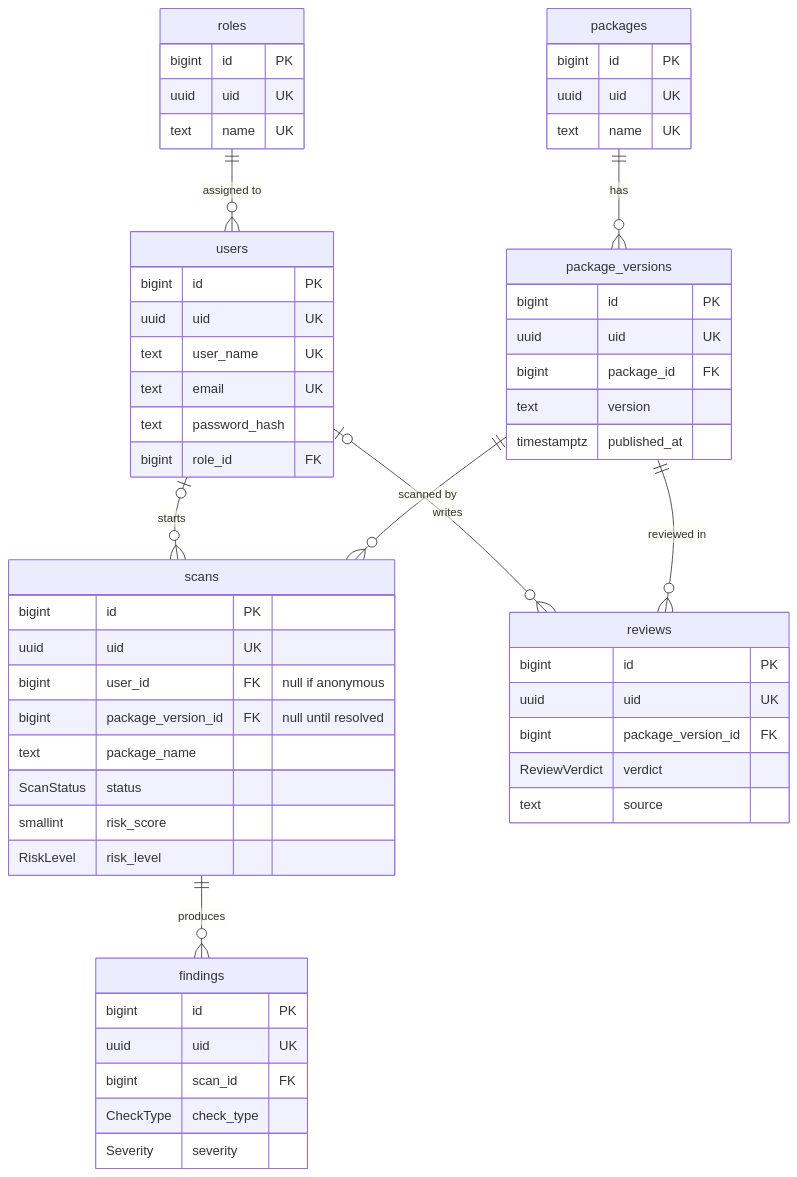
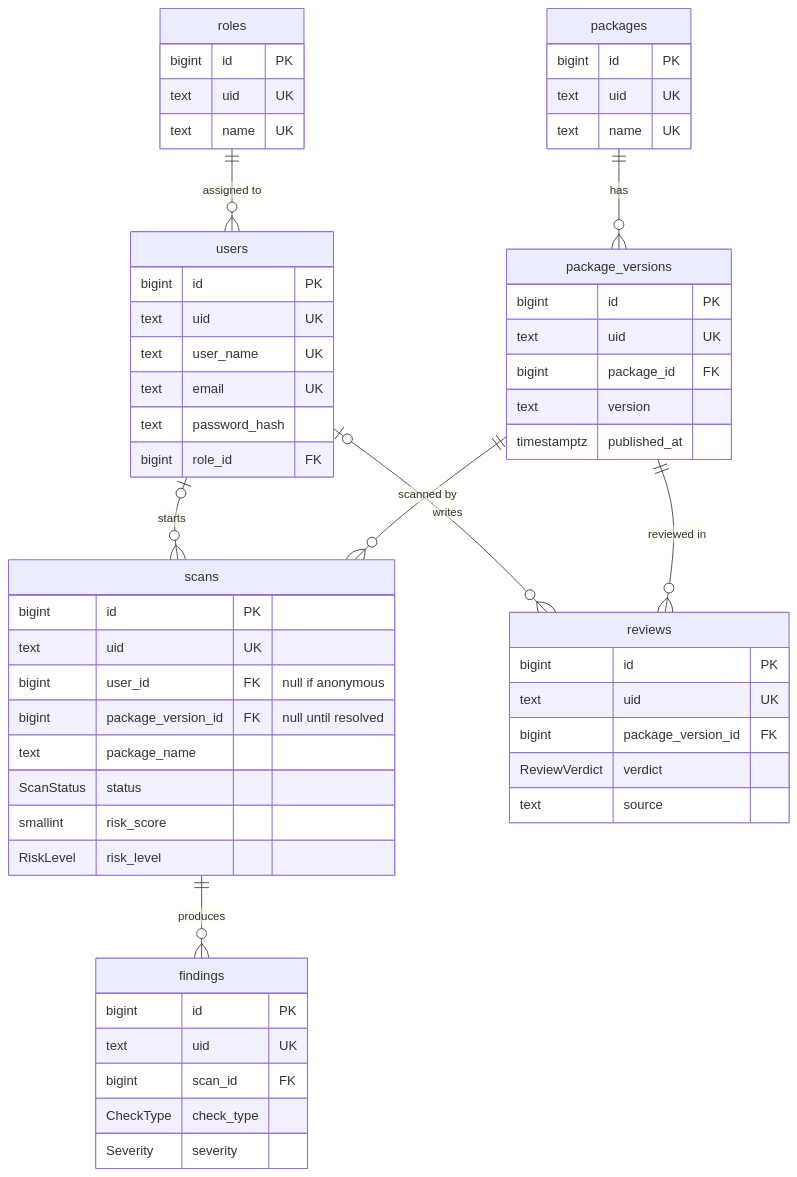
One commit to Apu-Emdad/npm-sentinel-api changed the diagram in docs/schema.md. Above: the diagram before and after it, drawn with Mermaid. The commit also changed other lines of this file and 25 other files, not shown here.

````diff
--- a/docs/schema.md
+++ b/docs/schema.md
@@ -15,60 +15,60 @@
 ```mermaid
 erDiagram
     roles ||--o{ users : "assigned to"
     users |o--o{ scans : "starts"
     users |o--o{ reviews : "writes"
     packages ||--o{ package_versions : "has"
     package_versions ||--o{ scans : "scanned by"
     package_versions ||--o{ reviews : "reviewed in"
     scans ||--o{ findings : "produces"
 
     roles {
         bigint id PK
-        uuid uid UK
+        text uid UK
         text name UK
     }
     users {
         bigint id PK
-        uuid uid UK
+        text uid UK
         text user_name UK
         text email UK
         text password_hash
         bigint role_id FK
     }
     packages {
         bigint id PK
-        uuid uid UK
+        text uid UK
         text name UK
     }
     package_versions {
         bigint id PK
-        uuid uid UK
+        text uid UK
         bigint package_id FK
         text version
         timestamptz published_at
     }
     scans {
         bigint id PK
-        uuid uid UK
+        text uid UK
         bigint user_id FK "null if anonymous"
         bigint package_version_id FK "null until resolved"
         text package_name
         ScanStatus status
         smallint risk_score
         RiskLevel risk_level
     }
     findings {
         bigint id PK
-        uuid uid UK
+        text uid UK
         bigint scan_id FK
         CheckType check_type
         Severity severity
     }
     reviews {
         bigint id PK
-        uuid uid UK
+        text uid UK
         bigint package_version_id FK
         ReviewVerdict verdict
         text source
     }
 ```
````
